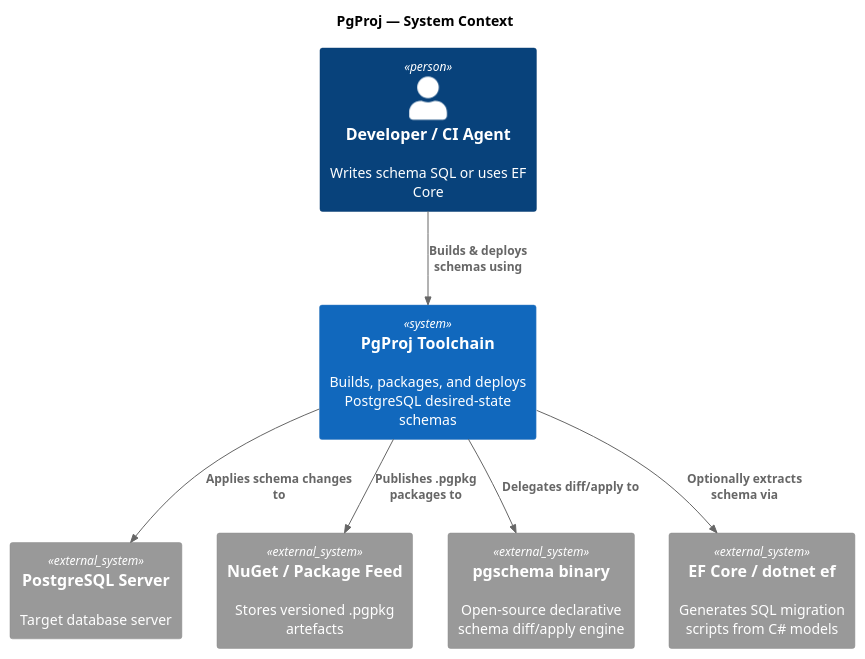
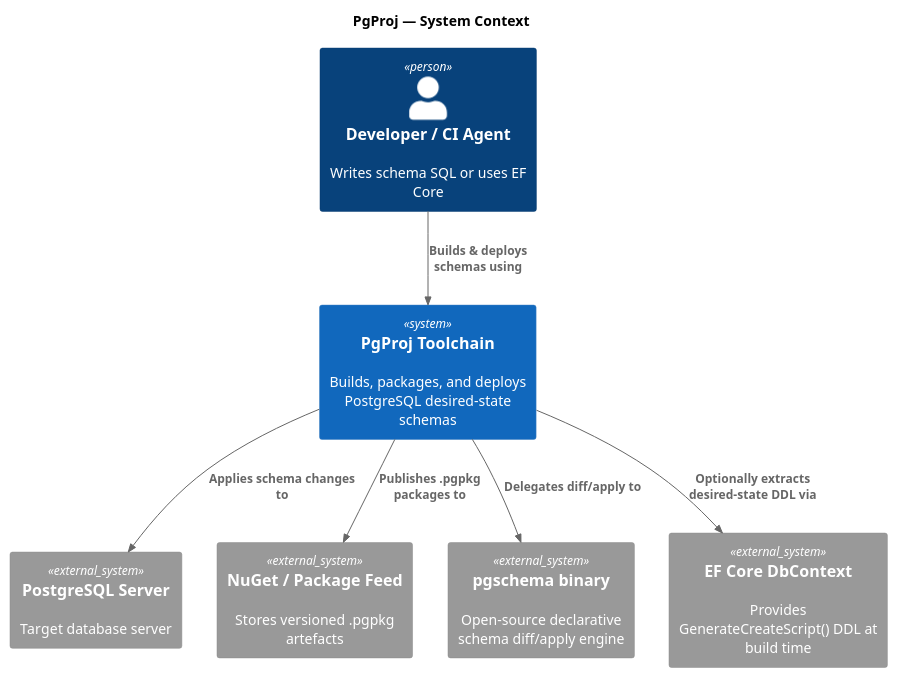
Before and after one commit to Mwwhited-BookLearning/PgPlayground: the first of 4 diagrams in docs/architecture.md, drawn with PlantUML. The commit also changed other lines of this file and 8 other files, not shown here.

````diff
--- a/docs/architecture.md
+++ b/docs/architecture.md
@@ -9,21 +9,21 @@
 ```plantuml
 @startuml C4_Context
 !include https://raw.githubusercontent.com/plantuml-stdlib/C4-PlantUML/master/C4_Context.puml
 
 title PgProj — System Context
 
 Person(dev, "Developer / CI Agent", "Writes schema SQL or uses EF Core")
 System(pgproj, "PgProj Toolchain", "Builds, packages, and deploys PostgreSQL desired-state schemas")
 System_Ext(postgres, "PostgreSQL Server", "Target database server")
 System_Ext(nuget, "NuGet / Package Feed", "Stores versioned .pgpkg artefacts")
 System_Ext(pgschema, "pgschema binary", "Open-source declarative schema diff/apply engine")
-System_Ext(efcore, "EF Core / dotnet ef", "Generates SQL migration scripts from C# models")
+System_Ext(efcore, "EF Core DbContext", "Provides GenerateCreateScript() DDL at build time")
 
 Rel(dev,      pgproj,   "Builds & deploys schemas using")
 Rel(pgproj,   postgres, "Applies schema changes to")
 Rel(pgproj,   nuget,    "Publishes .pgpkg packages to")
 Rel(pgproj,   pgschema, "Delegates diff/apply to")
-Rel(pgproj,   efcore,   "Optionally extracts schema via")
+Rel(pgproj,   efcore,   "Optionally extracts desired-state DDL via")
 
 @enduml
 ```
````
